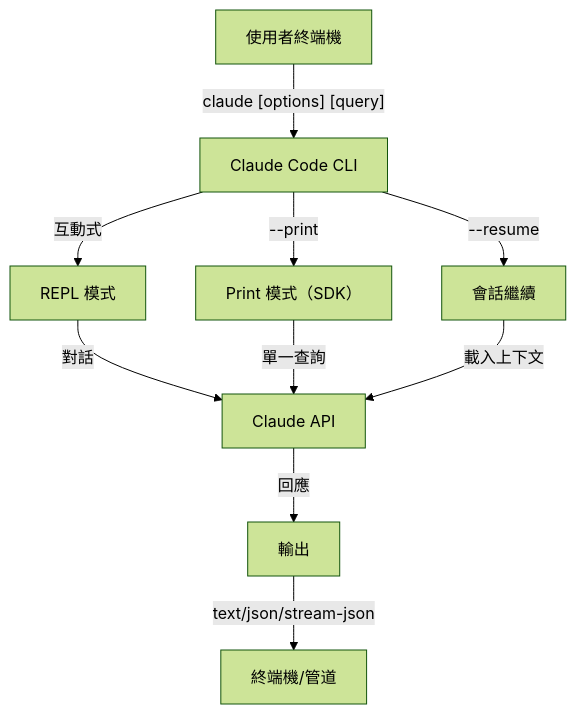
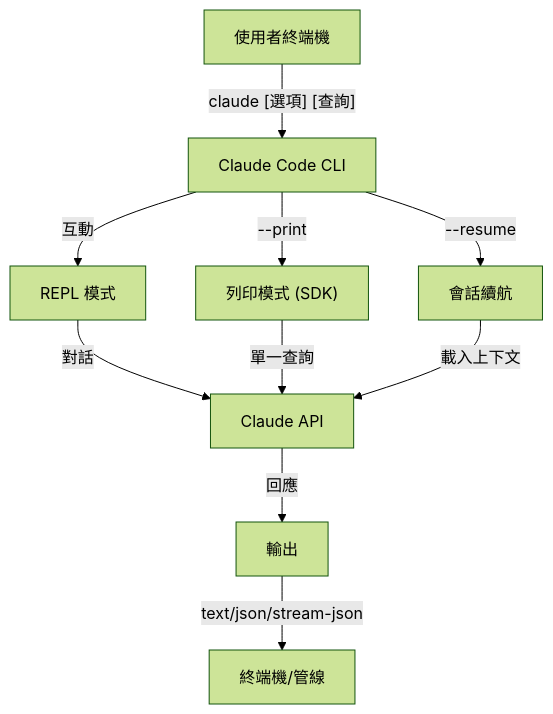
One commit to huckly/claude-howto-zh-tw changed the first of 2 diagrams in 10-cli/README.md. Above: the diagram before and after it, drawn with Mermaid (forest theme). The commit also changed other lines of this file, not shown here.

Commit message:
💻 10-cli：CLI 命令列介面 — 同步上游更新並翻譯

````diff
--- a/10-cli/README.md
+++ b/10-cli/README.md
@@ -14,12 +14,12 @@
 ```mermaid
 graph TD
-    A["使用者終端機"] -->|"claude [options] [query]"| B["Claude Code CLI"]
-    B -->|互動式| C["REPL 模式"]
-    B -->|"--print"| D["Print 模式（SDK）"]
-    B -->|"--resume"| E["會話繼續"]
+    A["使用者終端機"] -->|"claude [選項] [查詢]"| B["Claude Code CLI"]
+    B -->|互動| C["REPL 模式"]
+    B -->|"--print"| D["列印模式 (SDK)"]
+    B -->|"--resume"| E["會話續航"]
     C -->|對話| F["Claude API"]
     D -->|單一查詢| F
     E -->|載入上下文| F
     F -->|回應| G["輸出"]
-    G -->|text/json/stream-json| H["終端機/管道"]
+    G -->|text/json/stream-json| H["終端機/管線"]
 ```
````
